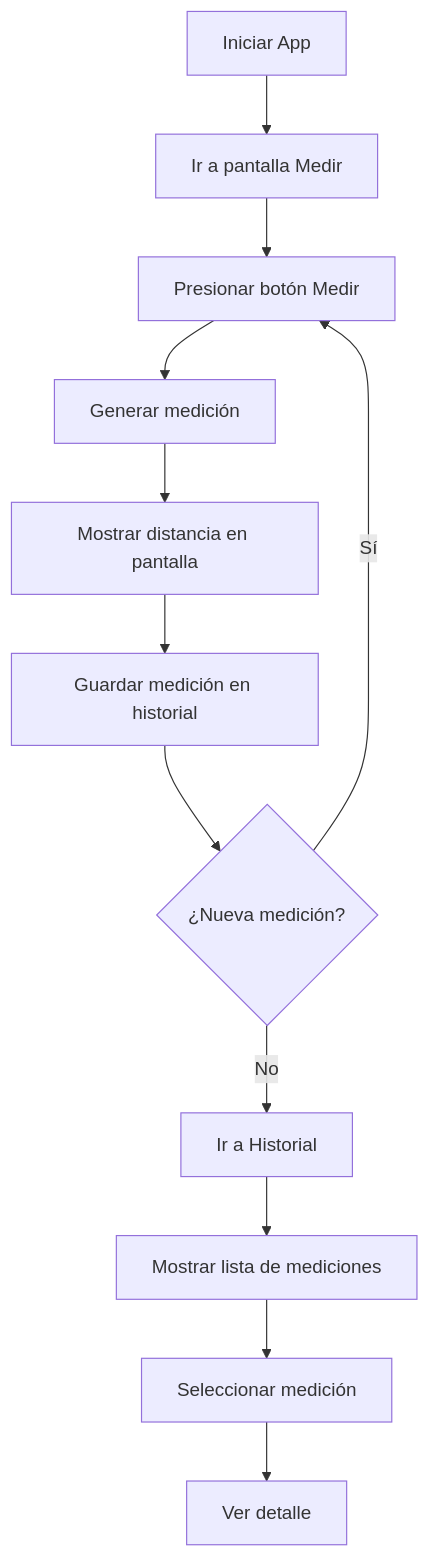
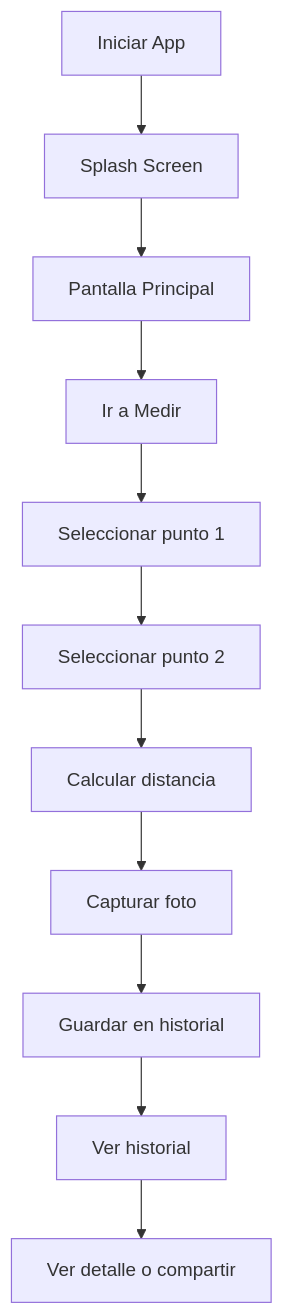
One commit to Poketeam8/ARMeasure changed the diagram in README.md. Above: the diagram before and after it, drawn with Mermaid. The commit also changed other lines of this file and 10 other files, not shown here.

````diff
--- a/README.md
+++ b/README.md
@@ -26,14 +40,13 @@
 ```mermaid
 flowchart TD
-    A[Iniciar App] --> B[Ir a pantalla Medir]
-    B --> C[Presionar botón Medir]
-    C --> D[Generar medición]
-    D --> E[Mostrar distancia en pantalla]
-    E --> F[Guardar medición en historial]
-    F --> G{¿Nueva medición?}
-    G -->|Sí| C
-    G -->|No| H[Ir a Historial]
-    H --> I[Mostrar lista de mediciones]
-    I --> J[Seleccionar medición]
-    J --> K[Ver detalle]
+    A[Iniciar App] --> B[Splash Screen]
+    B --> C[Pantalla Principal]
+    C --> D[Ir a Medir]
+    D --> E[Seleccionar punto 1]
+    E --> F[Seleccionar punto 2]
+    F --> G[Calcular distancia]
+    G --> H[Capturar foto]
+    H --> I[Guardar en historial]
+    I --> J[Ver historial]
+    J --> K[Ver detalle o compartir]
 ```
````
